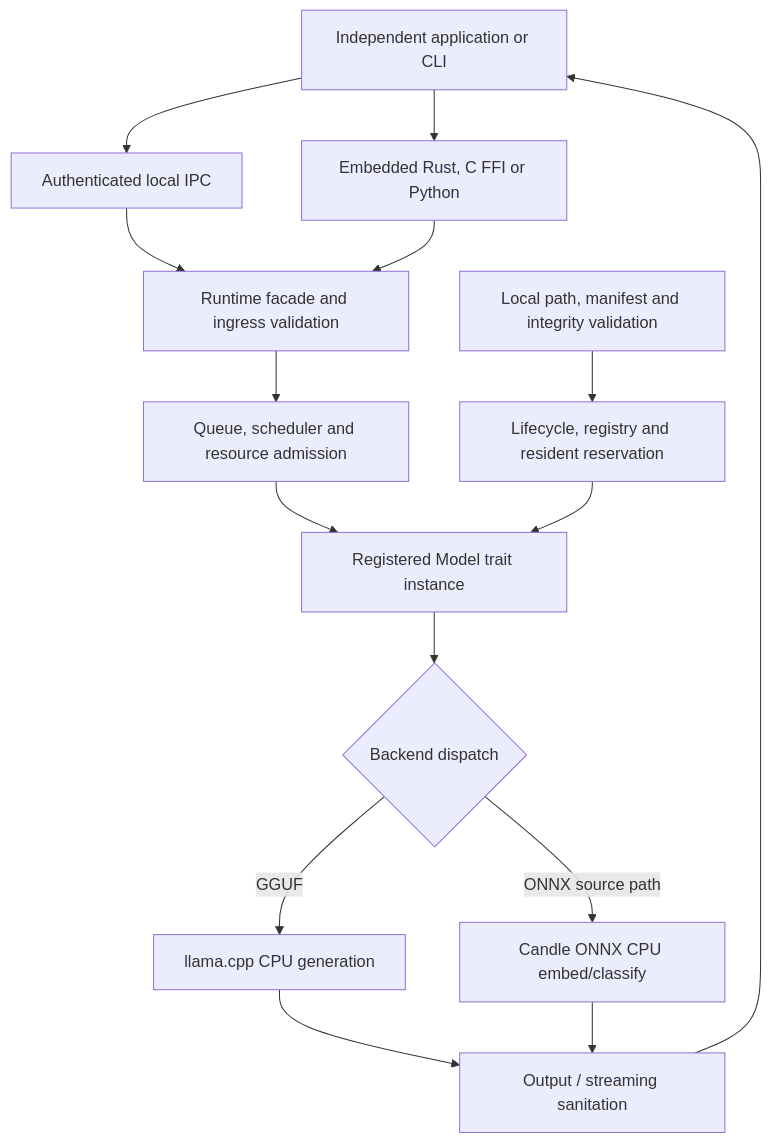
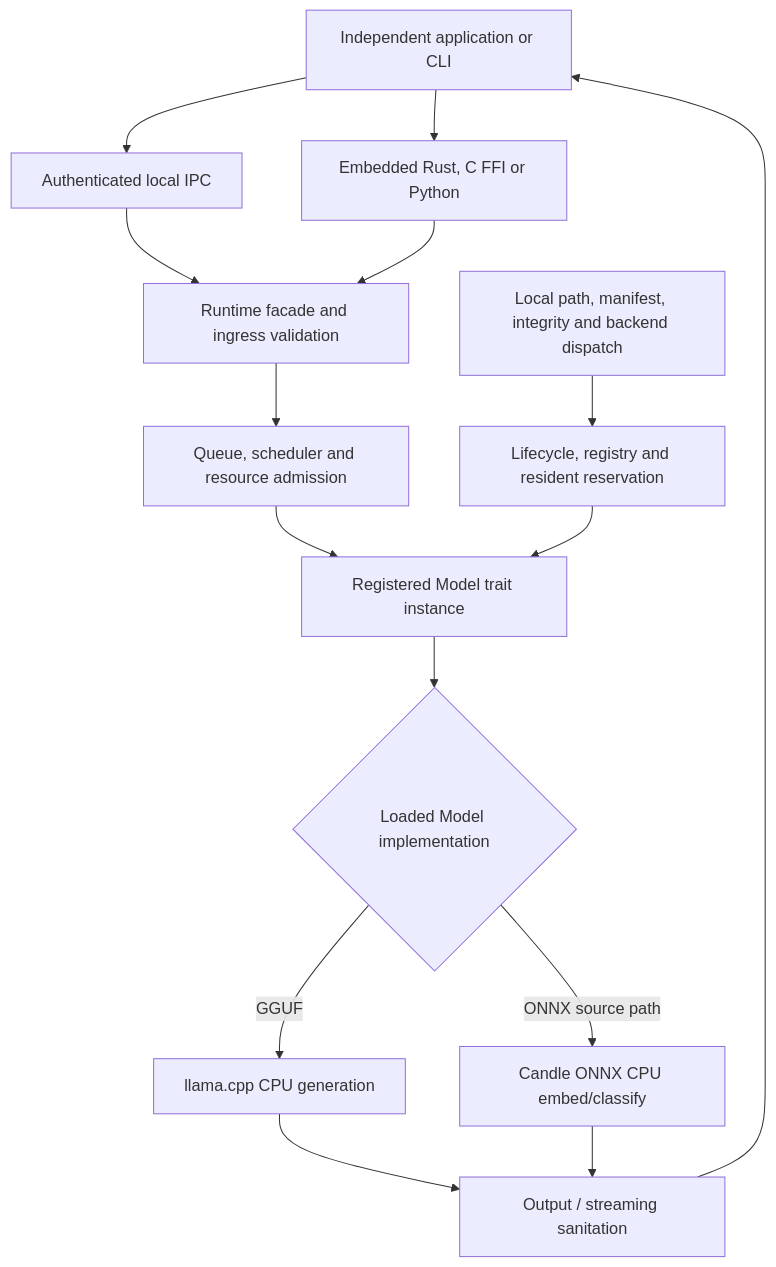
One commit to MythologIQ-Labs-LLC/GG-CORE changed the first of 2 diagrams in docs/architecture/CORE_RUNTIME_ARCHITECTURE.md. Above: the diagram before and after it, drawn with Mermaid.

Commit message:
docs(diagrams): distinguish load-time backend dispatch from inference-time model execution [skip ci]

````diff
--- a/docs/architecture/CORE_RUNTIME_ARCHITECTURE.md
+++ b/docs/architecture/CORE_RUNTIME_ARCHITECTURE.md
@@ -41,17 +41,17 @@
 ```mermaid
 flowchart TD
     App[Independent application or CLI] --> IPC[Authenticated local IPC]
     App --> Embed[Embedded Rust, C FFI or Python]
     IPC --> Secure[Runtime facade and ingress validation]
     Embed --> Secure
     Secure --> Admission[Queue, scheduler and resource admission]
     Admission --> Registered[Registered Model trait instance]
-    Loader[Local path, manifest and integrity validation] --> Lifecycle[Lifecycle, registry and resident reservation]
+    Loader[Local path, manifest, integrity and backend dispatch] --> Lifecycle[Lifecycle, registry and resident reservation]
     Lifecycle --> Registered
-    Registered --> Backend{Backend dispatch}
+    Registered --> Backend{Loaded Model implementation}
     Backend -->|GGUF| GGUF[llama.cpp CPU generation]
     Backend -->|ONNX source path| ONNX[Candle ONNX CPU embed/classify]
     GGUF --> Out[Output / streaming sanitation]
     ONNX --> Out
     Out --> App
 ```
````
